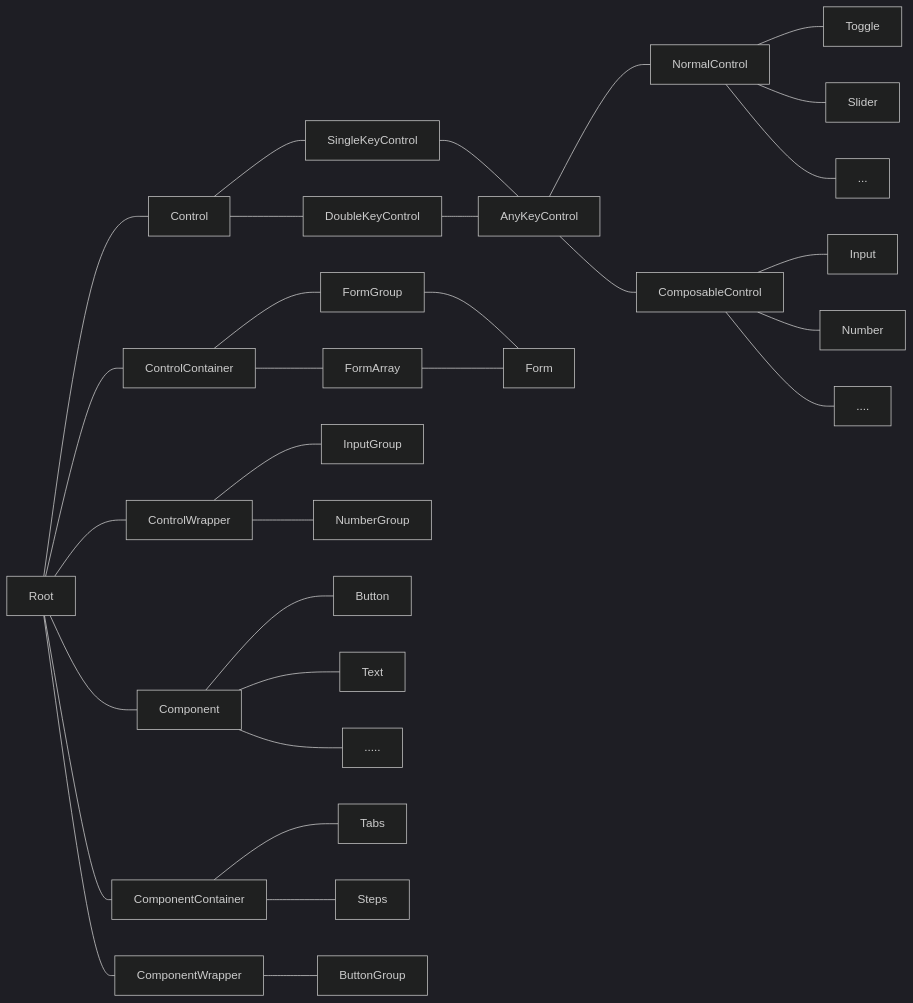
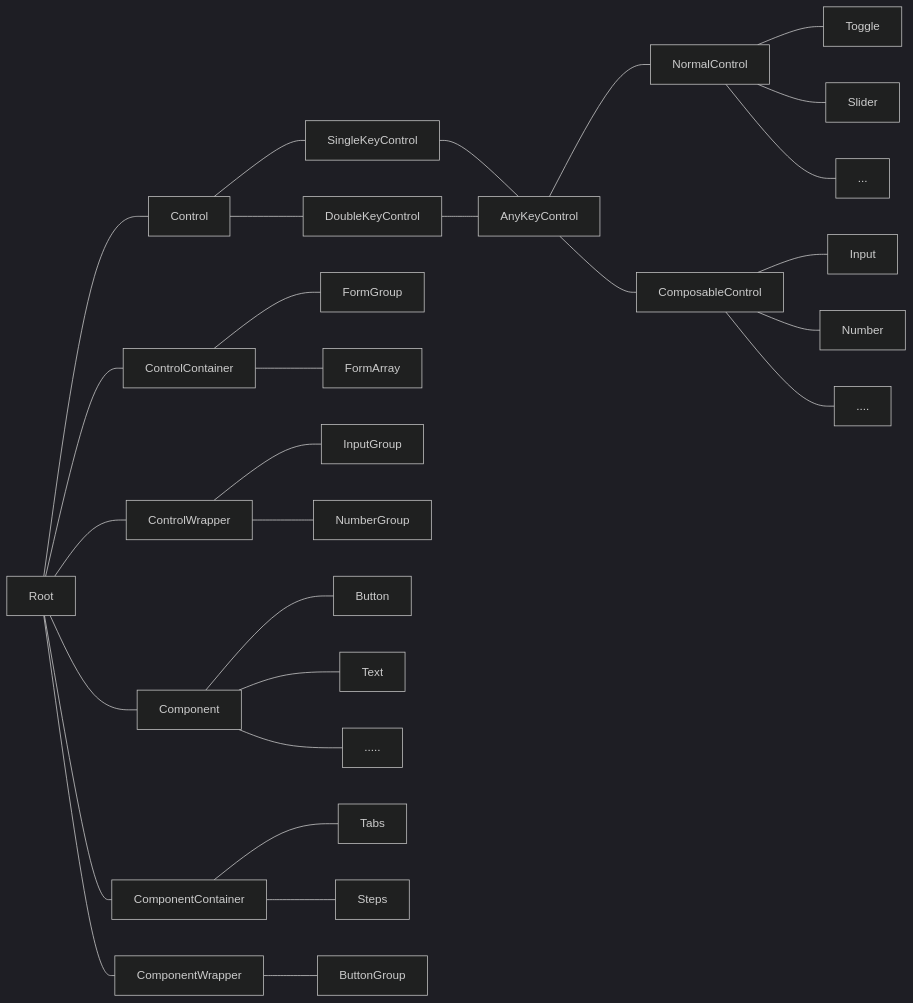
The diagram in DESIGN.md (fluent-form/fluent-form), drawn with Mermaid (dark theme) before and after one commit.

Commit message:
docs: fix error

````diff
--- a/DESIGN.md
+++ b/DESIGN.md
@@ -1,39 +1,39 @@
 ```mermaid
 graph LR
 
 Root --- Control
 Root --- ControlContainer
 Root --- ControlWrapper
 Root --- Component
 Root --- ComponentContainer
 Root --- ComponentWrapper
 
 Control --- SingleKeyControl --- AnyKeyControl
 Control --- DoubleKeyControl --- AnyKeyControl
 
 AnyKeyControl --- NormalControl
 AnyKeyControl --- ComposableControl
 
 NormalControl --- Toggle
 NormalControl --- Slider
 NormalControl --- ...
 
 ComposableControl --- Input
 ComposableControl --- Number
 ComposableControl --- ....
 
-ControlContainer --- FormGroup --- Form
-ControlContainer --- FormArray --- Form
+ControlContainer --- FormGroup
+ControlContainer --- FormArray
 
 ControlWrapper --- InputGroup
 ControlWrapper --- NumberGroup
 
 Component --- Button
 Component --- Text
 Component --- .....
 
 ComponentContainer --- Tabs
 ComponentContainer --- Steps
 
 ComponentWrapper --- ButtonGroup
 ```
````
